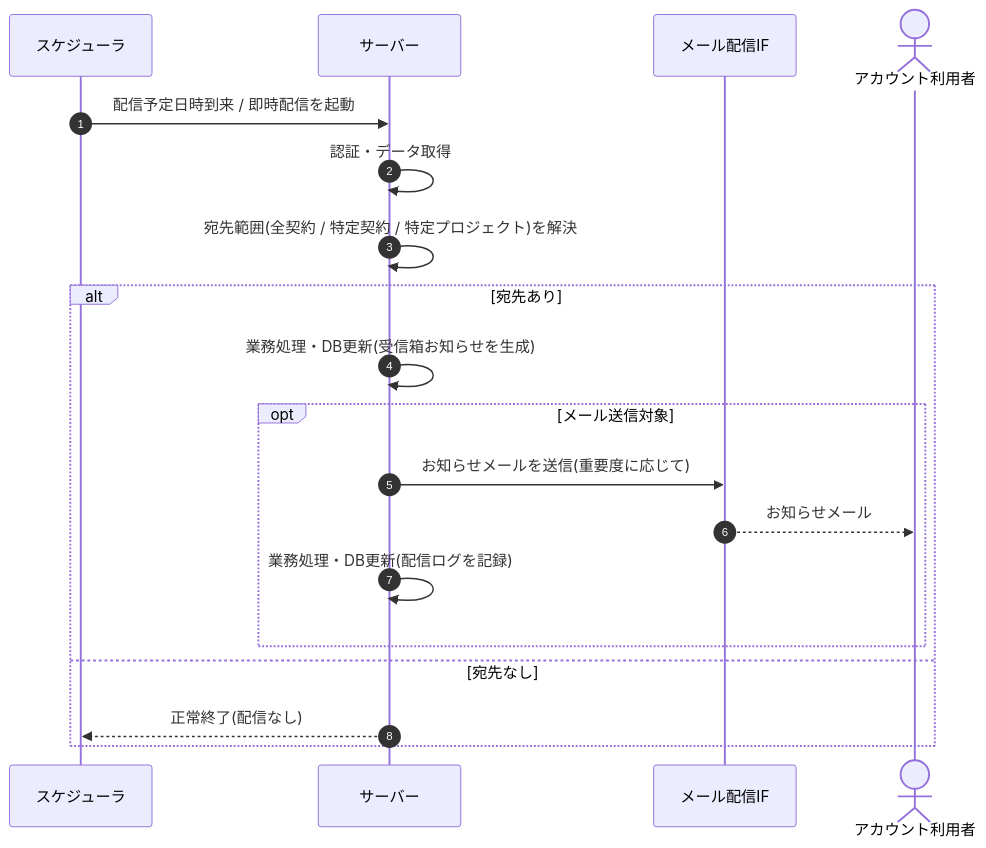
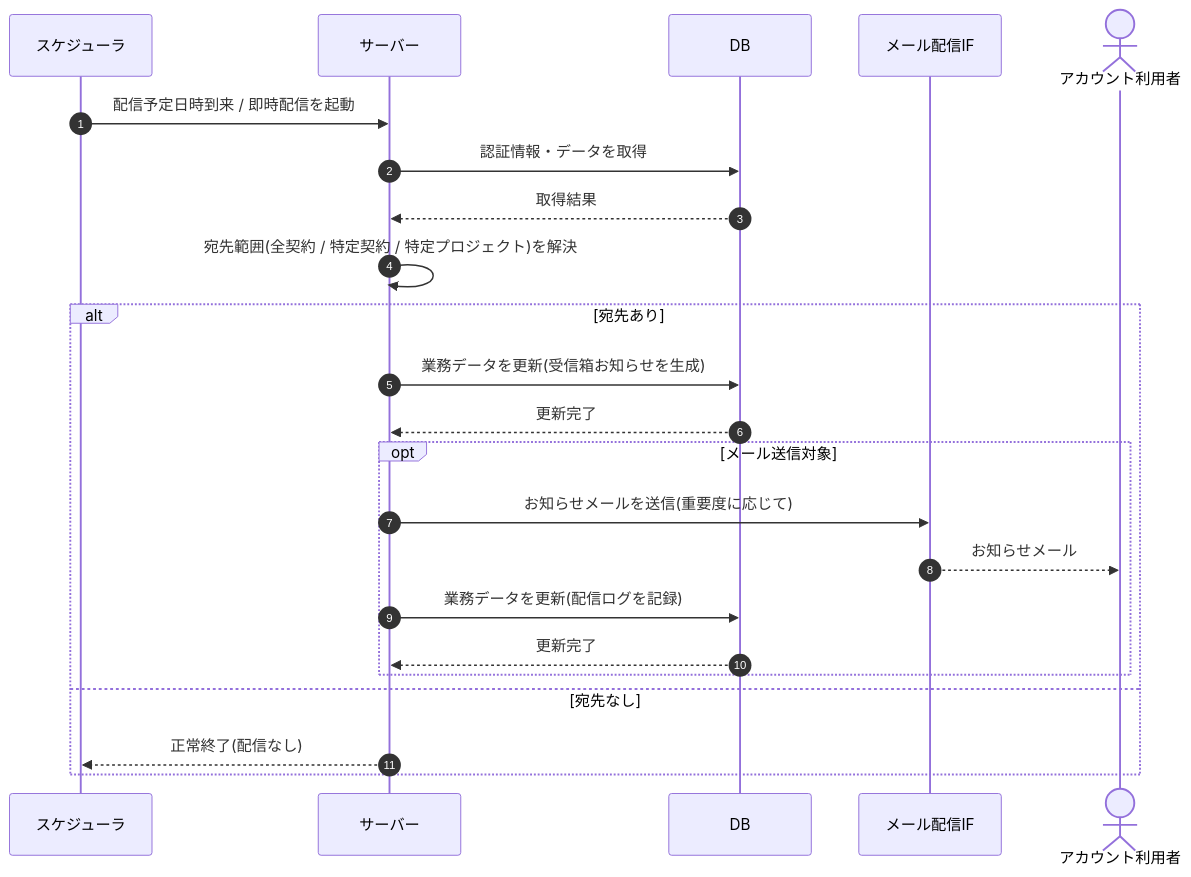
Before and after one commit to sikakou54/open-faq: the diagram in 02_basic_design/03_sequences/SEQ-094.md, drawn with Mermaid. The commit also changed other lines of this file and 122 other files, not shown here.

First line of the commit message:
シーケンス図に DB アクターを追加(DB 操作をサーバー自己メッセージから分離)

````diff
--- a/02_basic_design/03_sequences/SEQ-094.md
+++ b/02_basic_design/03_sequences/SEQ-094.md
@@ -26,21 +26,25 @@
 ```mermaid
 sequenceDiagram
   autonumber
   participant SCH as スケジューラ
   participant Server as サーバー
+  participant DB as DB
   participant MAIL as メール配信IF
   actor U as アカウント利用者
   SCH->>Server: 配信予定日時到来 / 即時配信を起動
-  Server->>Server: 認証・データ取得
+  Server->>DB: 認証情報・データを取得
+  DB-->>Server: 取得結果
   Server->>Server: 宛先範囲(全契約 / 特定契約 / 特定プロジェクト)を解決
   alt 宛先あり
-    Server->>Server: 業務処理・DB更新(受信箱お知らせを生成)
+    Server->>DB: 業務データを更新(受信箱お知らせを生成)
+    DB-->>Server: 更新完了
     opt メール送信対象
       Server->>MAIL: お知らせメールを送信(重要度に応じて)
       MAIL-->>U: お知らせメール
-      Server->>Server: 業務処理・DB更新(配信ログを記録)
+      Server->>DB: 業務データを更新(配信ログを記録)
+      DB-->>Server: 更新完了
     end
   else 宛先なし
     Server-->>SCH: 正常終了(配信なし)
   end
 ```
````
